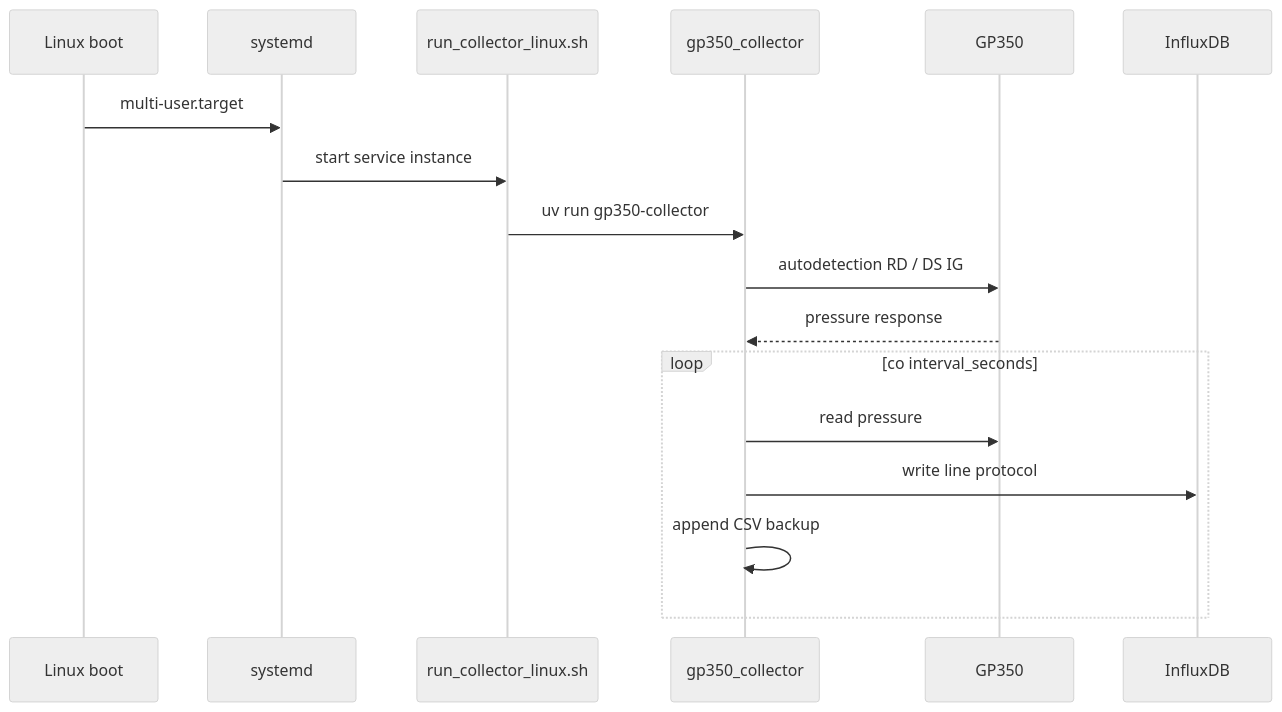
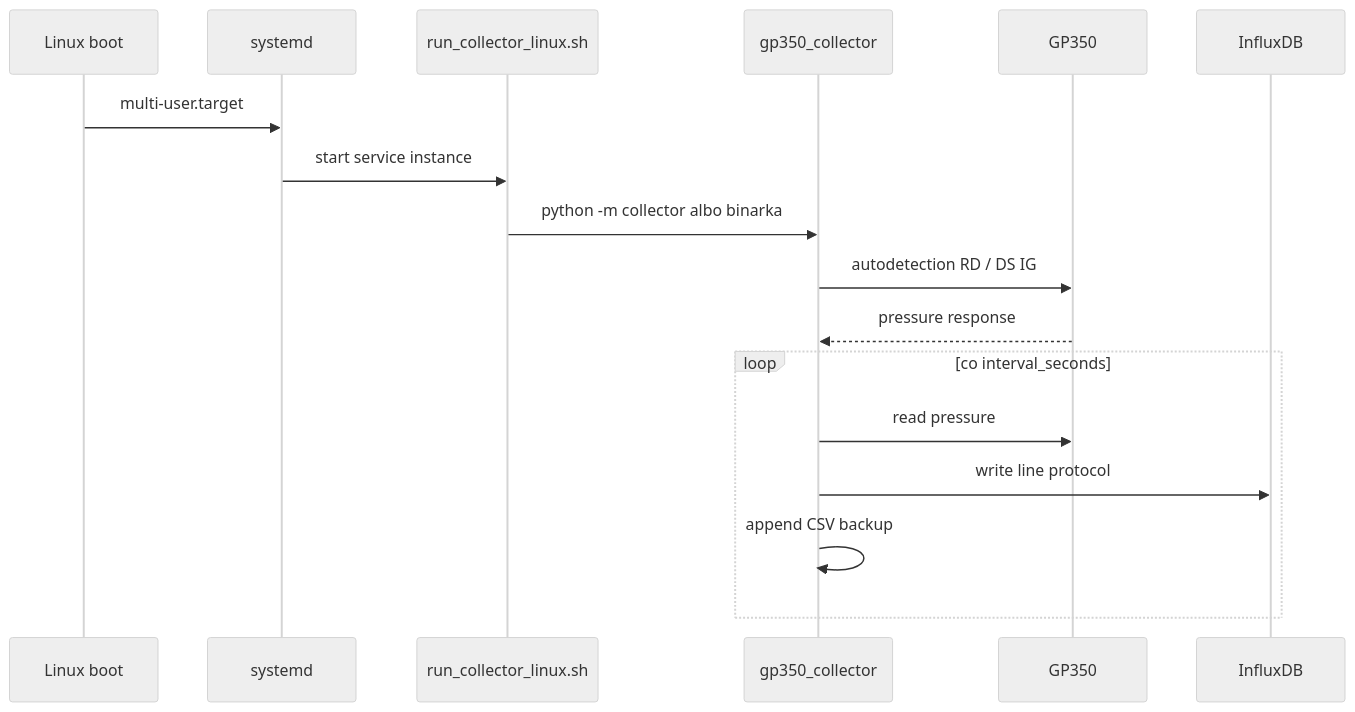
Before and after one commit to alphatra/vacuum-instrument-monitor: the second of 2 diagrams in docs/linux_systemd_runner.md, drawn with Mermaid (neutral theme). The commit also changed other lines of this file and 10 other files, not shown here.

````diff
--- a/docs/linux_systemd_runner.md
+++ b/docs/linux_systemd_runner.md
@@ -167,20 +263,20 @@
 ```mermaid
 sequenceDiagram
     participant Boot as Linux boot
     participant Systemd as systemd
     participant Runner as run_collector_linux.sh
     participant Collector as gp350_collector
     participant GP350 as GP350
     participant Influx as InfluxDB
 
     Boot->>Systemd: multi-user.target
     Systemd->>Runner: start service instance
-    Runner->>Collector: uv run gp350-collector
+    Runner->>Collector: python -m collector albo binarka
     Collector->>GP350: autodetection RD / DS IG
     GP350-->>Collector: pressure response
     loop co interval_seconds
         Collector->>GP350: read pressure
         Collector->>Influx: write line protocol
         Collector->>Collector: append CSV backup
     end
 ```
````
